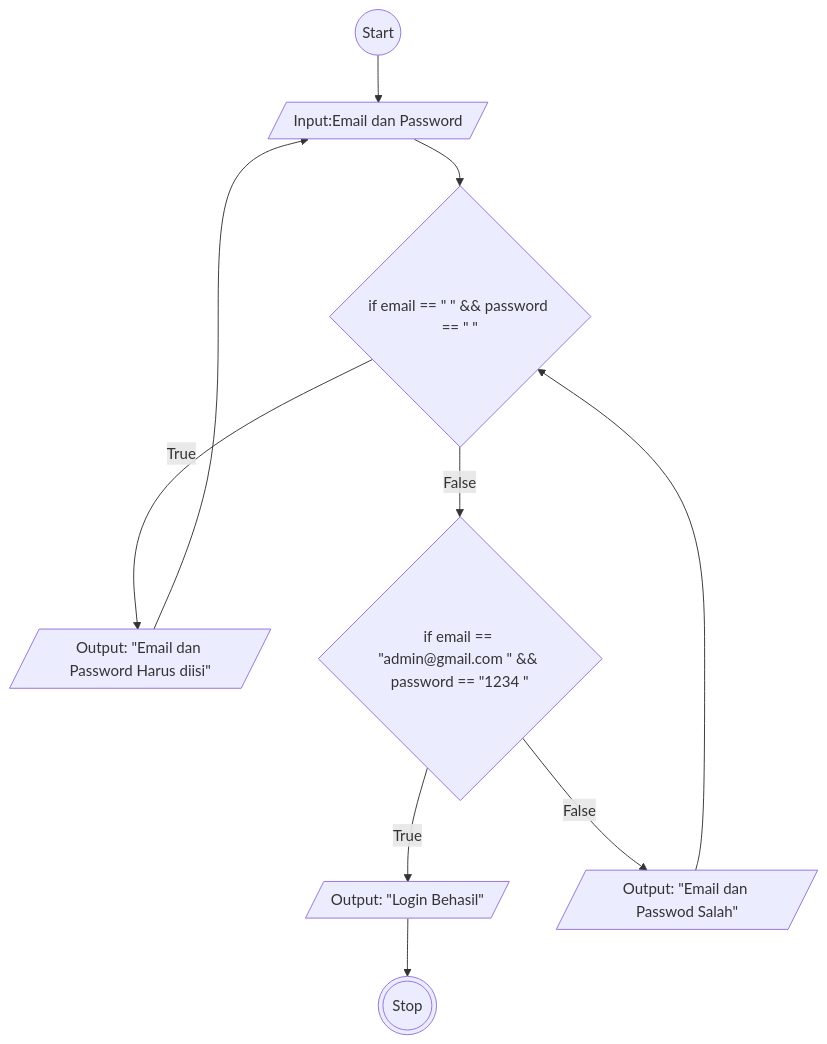
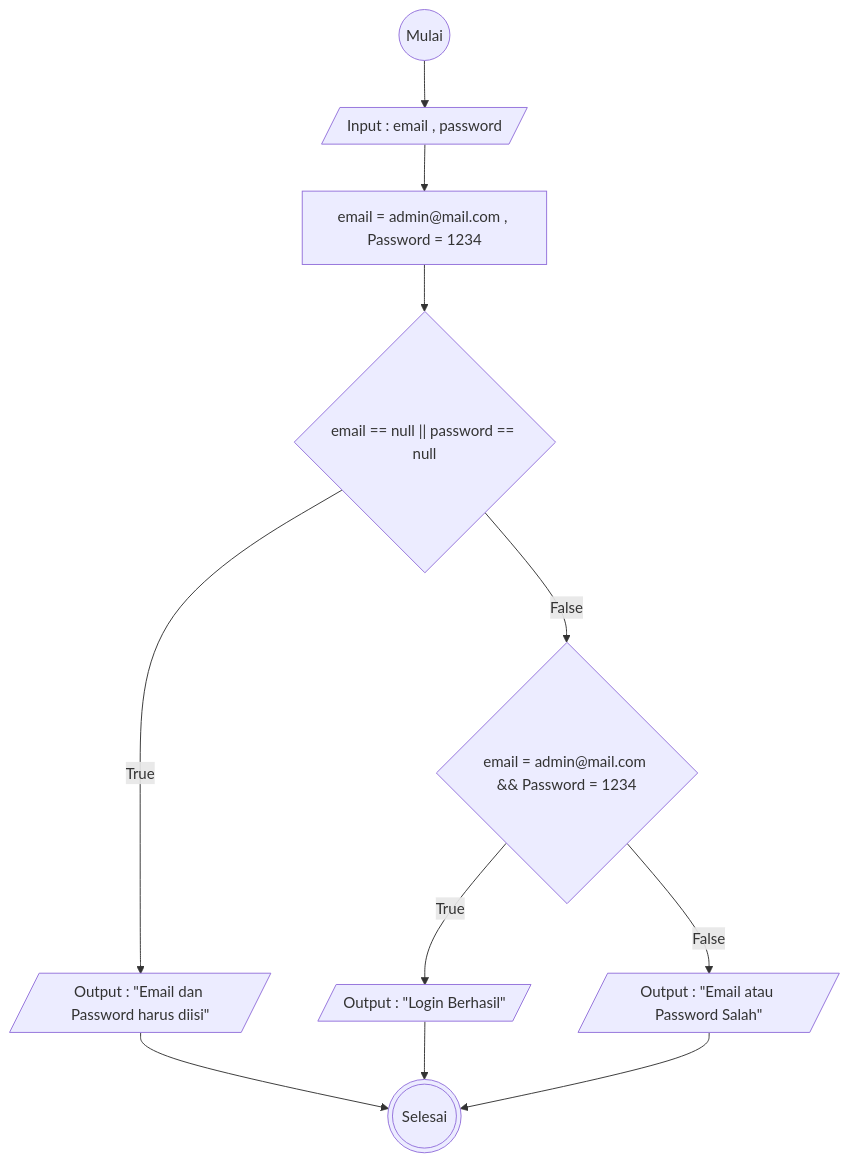
The diagram in Flowchart-email-password.md (askadiliya/koda-b6-algoritma), drawn with Mermaid before and after one commit.

````diff
--- a/Flowchart-email-password.md
+++ b/Flowchart-email-password.md
@@ -3,22 +1,29 @@
 ```mermaid
 flowchart TD
-A@{ shape: circle, label: "Start" }
-B@{ shape: lean-r, label: "Input:Email dan Password" }
-C@{ shape: diamond, label: 'if email == " " && password == " "'}
-D@{ shape: lean-r, label: 'Output: "Email dan Password Harus diisi"' }
-E@{ shape: diamond, label: 'if email == "admin@gmail.com " && password == "1234 "'}
-F@{ shape: lean-r, label: 'Output: "Login Behasil"' }
-G@{ shape: lean-r, label: 'Output: "Email dan Passwod Salah"' }
-H@{ shape: dbl-circ, label: "Stop" }
+    A@{ shape: circle, label: "Mulai" }
+    B@{ shape: lean-r, label: "Input : email , password" }
+    C@{ shape: rect, label: "email = admin@mail.com , Password = 1234" }
+    D@{ shape: diamond, label: "email == null || password == null" }
+    E@{ shape: lean-r, label: 'Output : "Email dan Password harus diisi"' }
+    F@{ shape: diamond, label: "email = admin@mail.com && Password = 1234" }
+    G@{ shape: lean-r, label: 'Output : "Login Berhasil"' }
+    H@{ shape: lean-r, label: 'Output : "Email atau Password Salah"' }
+    I@{ shape: dbl-circ, label: "Selesai" }
 
 
 
-A-->B-->C
-C--True-->D-->B
-C--False-->E
-E--True-->F-->H
-E--False-->G-->C
+
+A --> B
+B --> C
+C --> D
+D --True --> E
+D --False --> F
+F --True --> G
+F --False --> H
+E --> I
+G --> I
+H --> I
 
 
 
 ```
````
